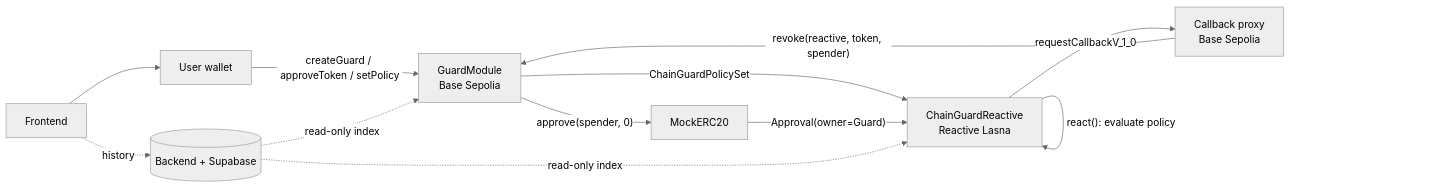
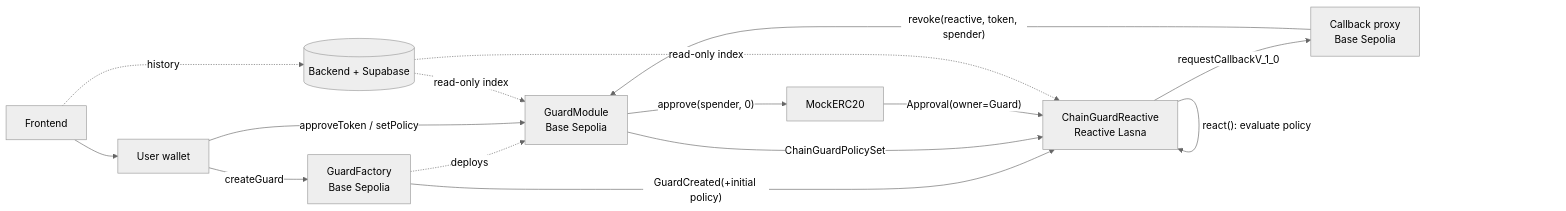
One commit to mokshupadhyay/chainguard changed the diagram in docs/ARCHITECTURE.md. Above: the diagram before and after it, drawn with Mermaid (neutral theme). The commit also changed other lines of this file and 19 other files, not shown here.

````diff
--- a/docs/ARCHITECTURE.md
+++ b/docs/ARCHITECTURE.md
@@ -3,14 +3,17 @@
 ```mermaid
 flowchart LR
-  U[User wallet] -->|createGuard / approveToken / setPolicy| G[GuardModule<br/>Base Sepolia]
+  U[User wallet] -->|createGuard| FAC
+  FAC -. deploys .-> G[GuardModule<br/>Base Sepolia]
+  U -->|approveToken / setPolicy| G
+  FAC[GuardFactory<br/>Base Sepolia] -- GuardCreated(+initial policy) --> R
   G -- ChainGuardPolicySet --> R
   T[MockERC20] -- Approval(owner=Guard) --> R[ChainGuardReactive<br/>Reactive Lasna]
   R -- react(): evaluate policy --> R
   R -- requestCallbackV_1_0 --> P[Callback proxy<br/>Base Sepolia]
   P -- revoke(reactive, token, spender) --> G
   G -- approve(spender, 0) --> T
   B[(Backend + Supabase)] -. read-only index .-> G
   B -. read-only index .-> R
   F[Frontend] --> U
   F -. history .-> B
 ```
````
